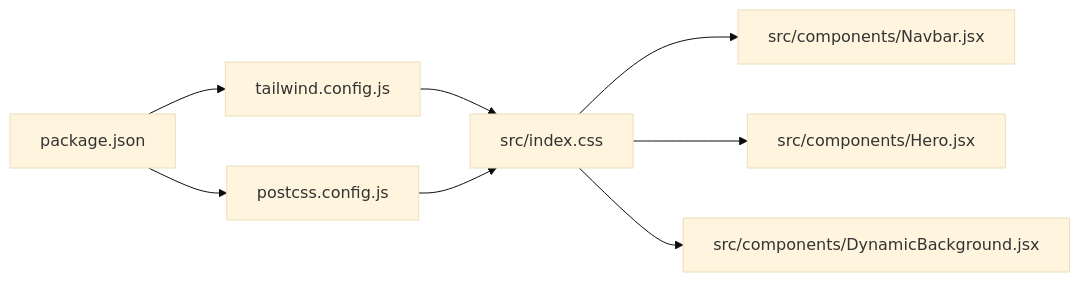
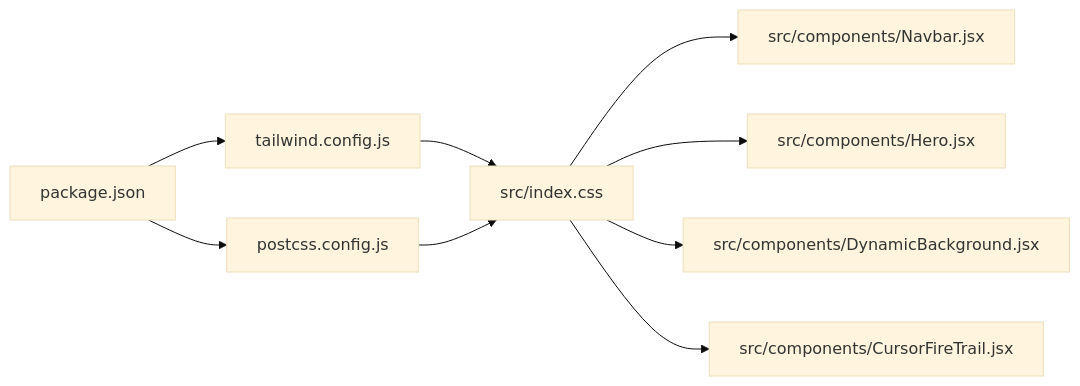
One commit to Gokulnath33/portfolio changed the third of 3 diagrams in .qoder/repowiki/en/content/Styling & Theming.md. Above: the diagram before and after it, drawn with Mermaid (base theme). The commit also changed other lines of this file and 29 other files, not shown here.

````diff
--- a/.qoder/repowiki/en/content/Styling & Theming.md
+++ b/.qoder/repowiki/en/content/Styling & Theming.md
@@ -227,10 +262,11 @@
 ```mermaid
 graph LR
 Pkg["package.json"] --> TW["tailwind.config.js"]
 Pkg --> PCSS["postcss.config.js"]
 TW --> CSS["src/index.css"]
 PCSS --> CSS
 CSS --> CompA["src/components/Navbar.jsx"]
 CSS --> CompB["src/components/Hero.jsx"]
 CSS --> BG["src/components/DynamicBackground.jsx"]
+CSS --> Cursor["src/components/CursorFireTrail.jsx"]
 ```
````
